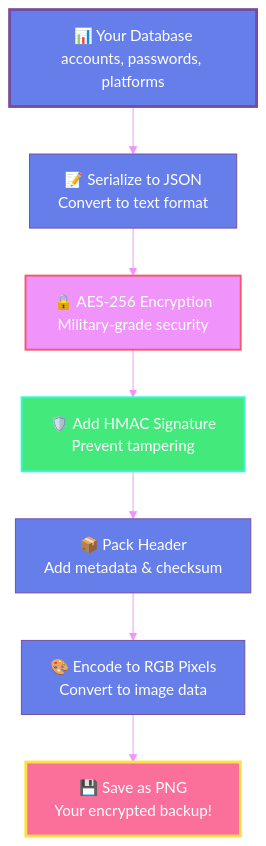
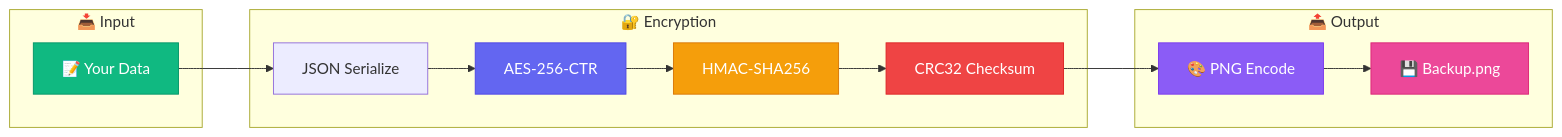
One commit to milanh34/Passify changed the first of 5 diagrams in README.md. Above: the diagram before and after it, drawn with Mermaid. The commit also changed other lines of this file, not shown here.

````diff
--- a/README.md
+++ b/README.md
@@ -510,23 +146,26 @@
 ```mermaid
-%%{init: {'theme':'base', 'themeVariables': { 'primaryColor':'#667eea','primaryTextColor':'#fff','primaryBorderColor':'#764ba2','lineColor':'#f093fb','secondaryColor':'#43e97b','tertiaryColor':'#4facfe'}}}%%
-graph TB
-    A[📊 Your Database<br/>accounts, passwords, platforms]
-    B[📝 Serialize to JSON<br/>Convert to text format]
-    C[🔒 AES-256 Encryption<br/>Military-grade security]
-    D[🛡️ Add HMAC Signature<br/>Prevent tampering]
-    E[📦 Pack Header<br/>Add metadata & checksum]
-    F[🎨 Encode to RGB Pixels<br/>Convert to image data]
-    G[💾 Save as PNG<br/>Your encrypted backup!]
+flowchart LR
+    subgraph INPUT["📥 Input"]
+        DATA["📝 Your Data"]
+    end
 
-    A --> B
-    B --> C
-    C --> D
-    D --> E
-    E --> F
-    F --> G
+    subgraph ENCRYPT["🔐 Encryption"]
+        JSON["JSON Serialize"] --> AES["AES-256-CTR"]
+        AES --> HMAC["HMAC-SHA256"]
+        HMAC --> CRC["CRC32 Checksum"]
+    end
 
-    style A fill:#667eea,stroke:#764ba2,stroke-width:3px,color:#fff
-    style C fill:#f093fb,stroke:#f5576c,stroke-width:2px,color:#fff
-    style D fill:#43e97b,stroke:#38f9d7,stroke-width:2px,color:#fff
-    style G fill:#fa709a,stroke:#fee140,stroke-width:3px,color:#fff
+    subgraph OUTPUT["📤 Output"]
+        CRC --> PNG["🎨 PNG Encode"]
+        PNG --> FILE["💾 Backup.png"]
+    end
+
+    DATA --> JSON
+
+    style DATA fill:#10B981,stroke:#059669,color:#fff
+    style AES fill:#6366F1,stroke:#4F46E5,color:#fff
+    style HMAC fill:#F59E0B,stroke:#D97706,color:#fff
+    style CRC fill:#EF4444,stroke:#DC2626,color:#fff
+    style PNG fill:#8B5CF6,stroke:#7C3AED,color:#fff
+    style FILE fill:#EC4899,stroke:#DB2777,color:#fff
 ```
````
